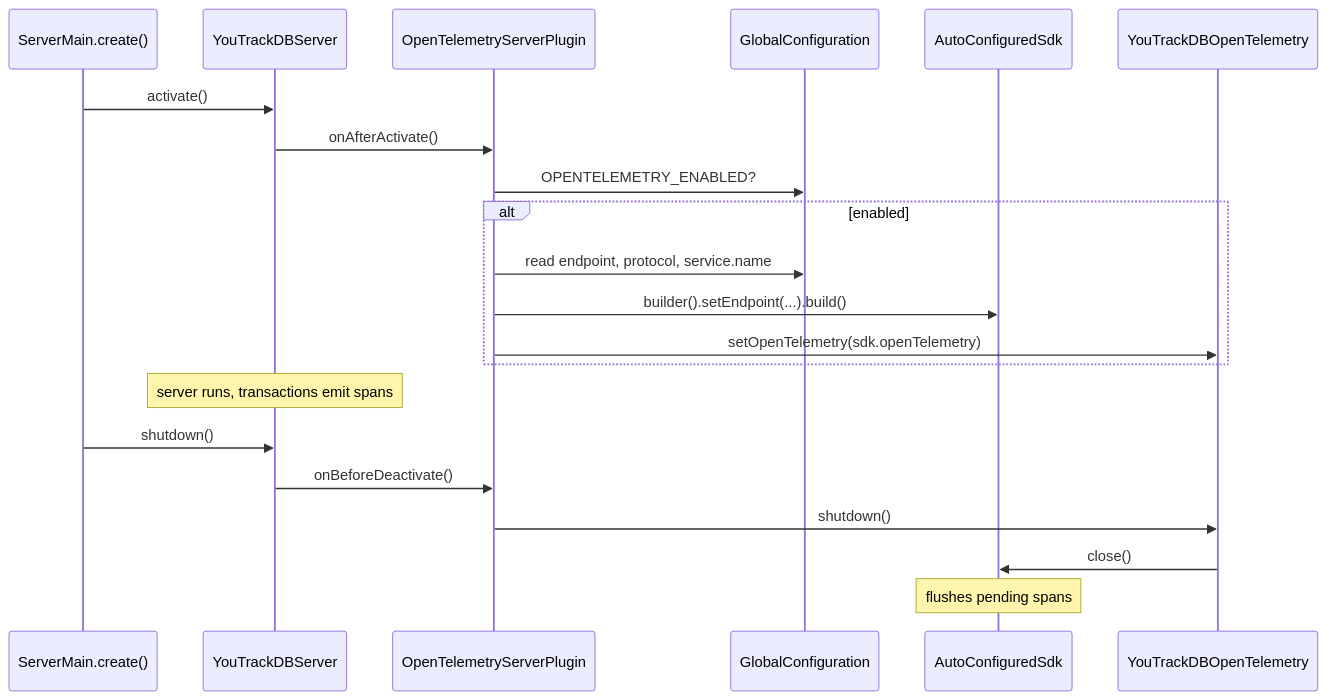
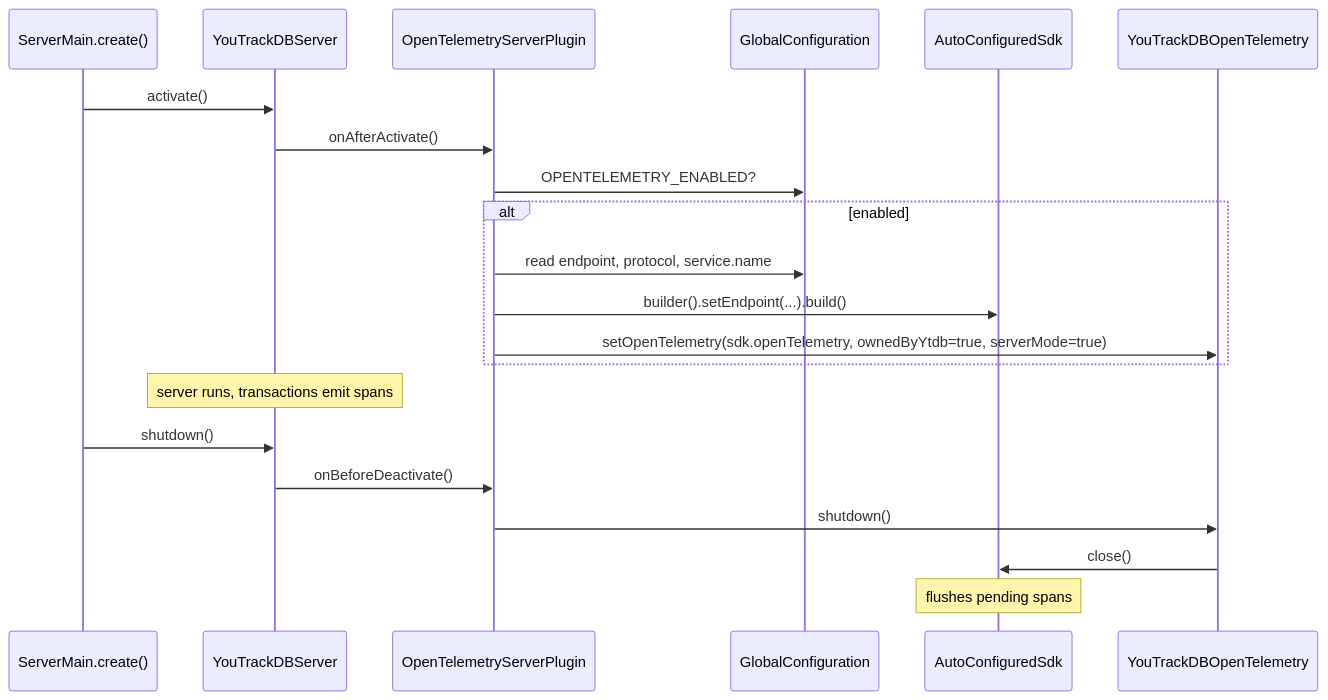
The fourth of 4 diagrams in docs/adr/ytdb-496-opentelemetry-support/_workflow/design.md (JetBrains/youtrackdb), drawn with Mermaid before and after one commit. The commit also changed other lines of this file and 2 other files, not shown here.

Commit message:
Sync OTel design diagrams with prose

````diff
--- a/docs/adr/ytdb-496-opentelemetry-support/_workflow/design.md
+++ b/docs/adr/ytdb-496-opentelemetry-support/_workflow/design.md
@@ -365,24 +375,24 @@
 ```mermaid
 sequenceDiagram
     participant Main as ServerMain.create()
     participant Srv as YouTrackDBServer
     participant Plugin as OpenTelemetryServerPlugin
     participant Cfg as GlobalConfiguration
     participant Sdk as AutoConfiguredSdk
     participant Fac as YouTrackDBOpenTelemetry
 
     Main->>Srv: activate()
     Srv->>Plugin: onAfterActivate()
     Plugin->>Cfg: OPENTELEMETRY_ENABLED?
     alt enabled
         Plugin->>Cfg: read endpoint, protocol, service.name
         Plugin->>Sdk: builder().setEndpoint(...).build()
-        Plugin->>Fac: setOpenTelemetry(sdk.openTelemetry)
+        Plugin->>Fac: setOpenTelemetry(sdk.openTelemetry, ownedByYtdb=true, serverMode=true)
     end
     Note over Srv: server runs, transactions emit spans
     Main->>Srv: shutdown()
     Srv->>Plugin: onBeforeDeactivate()
     Plugin->>Fac: shutdown()
     Fac->>Sdk: close()
     Note over Sdk: flushes pending spans
 ```
````
